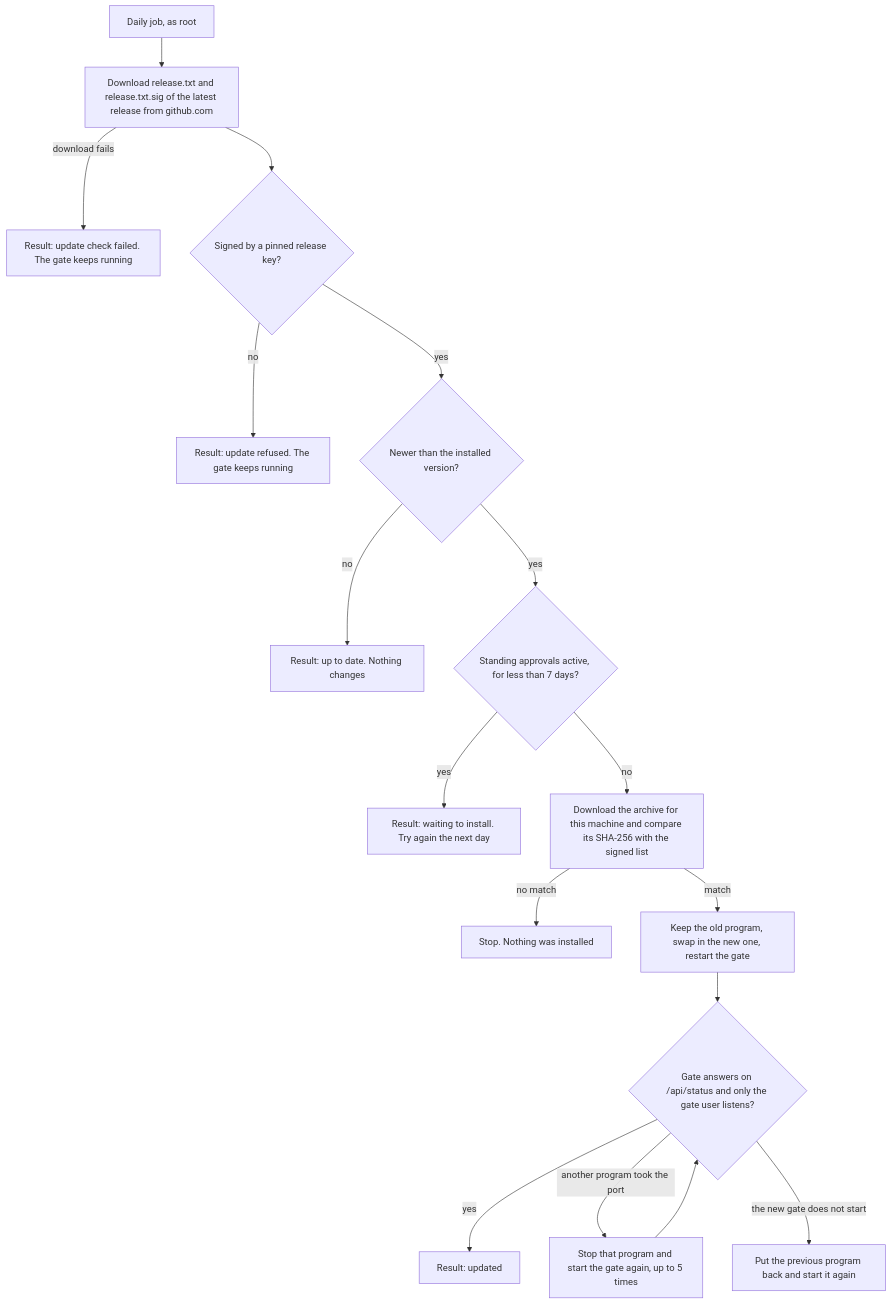
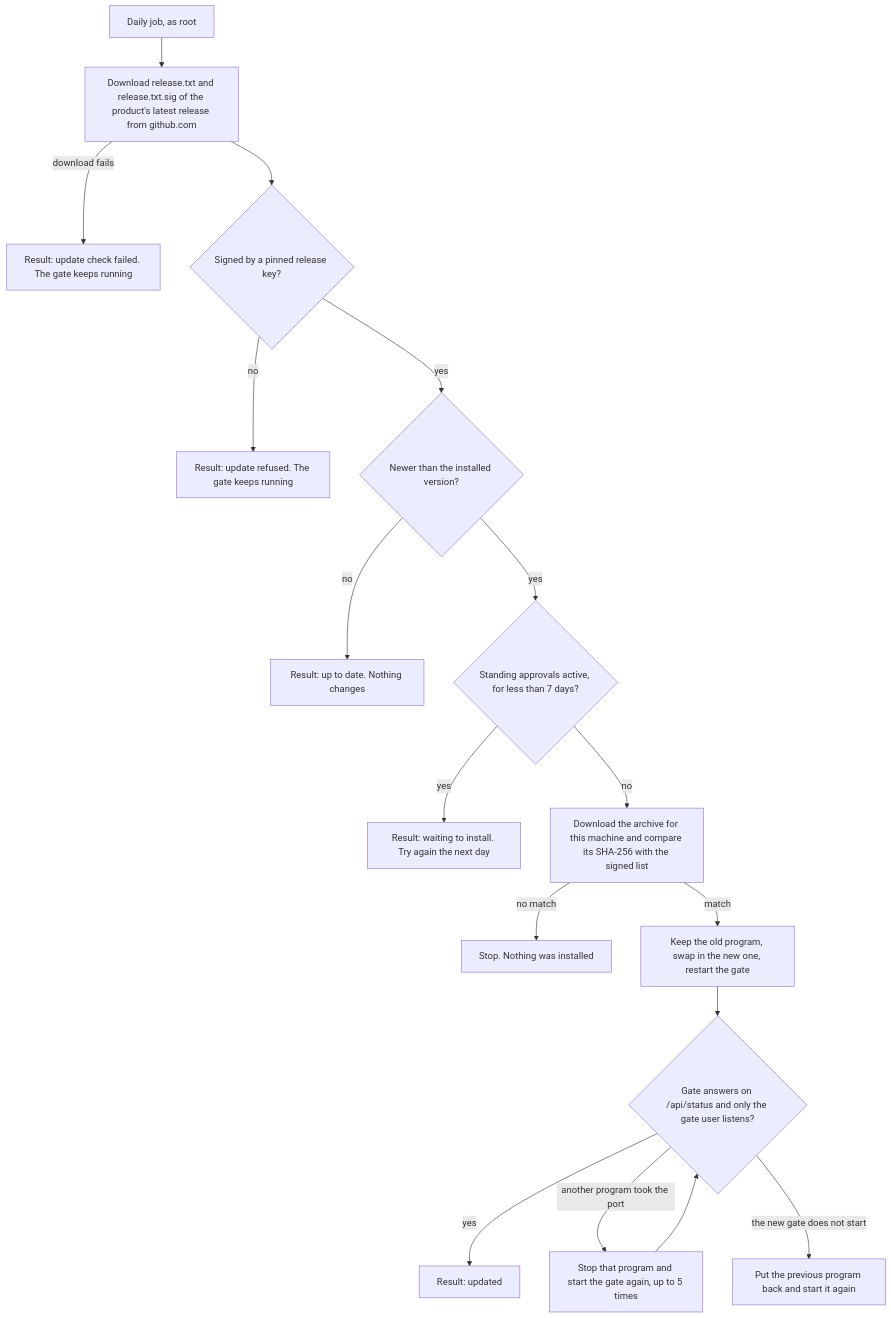
One commit to Phygital-Key/phygital-key changed the first of 2 diagrams in docs/updates.md. Above: the diagram before and after it, drawn with Mermaid. The commit also changed other lines of this file and 114 other files, not shown here.

Commit message:
Split into a shared base: the gate becomes the phygital-key-gate library (Product + Adapter), installers and release scripts become product templates; MCP moves to Phygital-Key/phygital-key-mcp, A2A is Phygital-Key/phygital-key-a2a; docs made product-neutral; v0.4.0

````diff
--- a/docs/updates.md
+++ b/docs/updates.md
@@ -51,19 +76,19 @@
 ```mermaid
 flowchart TD
-    A["Daily job, as root"] --> B["Download release.txt and release.txt.sig of the latest release from github.com"]
+    A["Daily job, as root"] --> B["Download release.txt and release.txt.sig of the product's latest release from github.com"]
     B -->|"download fails"| R1["Result: update check failed. The gate keeps running"]
     B --> C{"Signed by a pinned release key?"}
     C -->|"no"| R2["Result: update refused. The gate keeps running"]
     C -->|"yes"| D{"Newer than the installed version?"}
     D -->|"no"| R3["Result: up to date. Nothing changes"]
     D -->|"yes"| W{"Standing approvals active, for less than 7 days?"}
     W -->|"yes"| R6["Result: waiting to install. Try again the next day"]
     W -->|"no"| E["Download the archive for this machine and compare its SHA-256 with the signed list"]
     E -->|"no match"| R4["Stop. Nothing was installed"]
     E -->|"match"| F["Keep the old program, swap in the new one, restart the gate"]
     F --> G{"Gate answers on /api/status and only the gate user listens?"}
     G -->|"yes"| R5["Result: updated"]
     G -->|"another program took the port"| K["Stop that program and start the gate again, up to 5 times"]
     K --> G
     G -->|"the new gate does not start"| H["Put the previous program back and start it again"]
 ```
````
